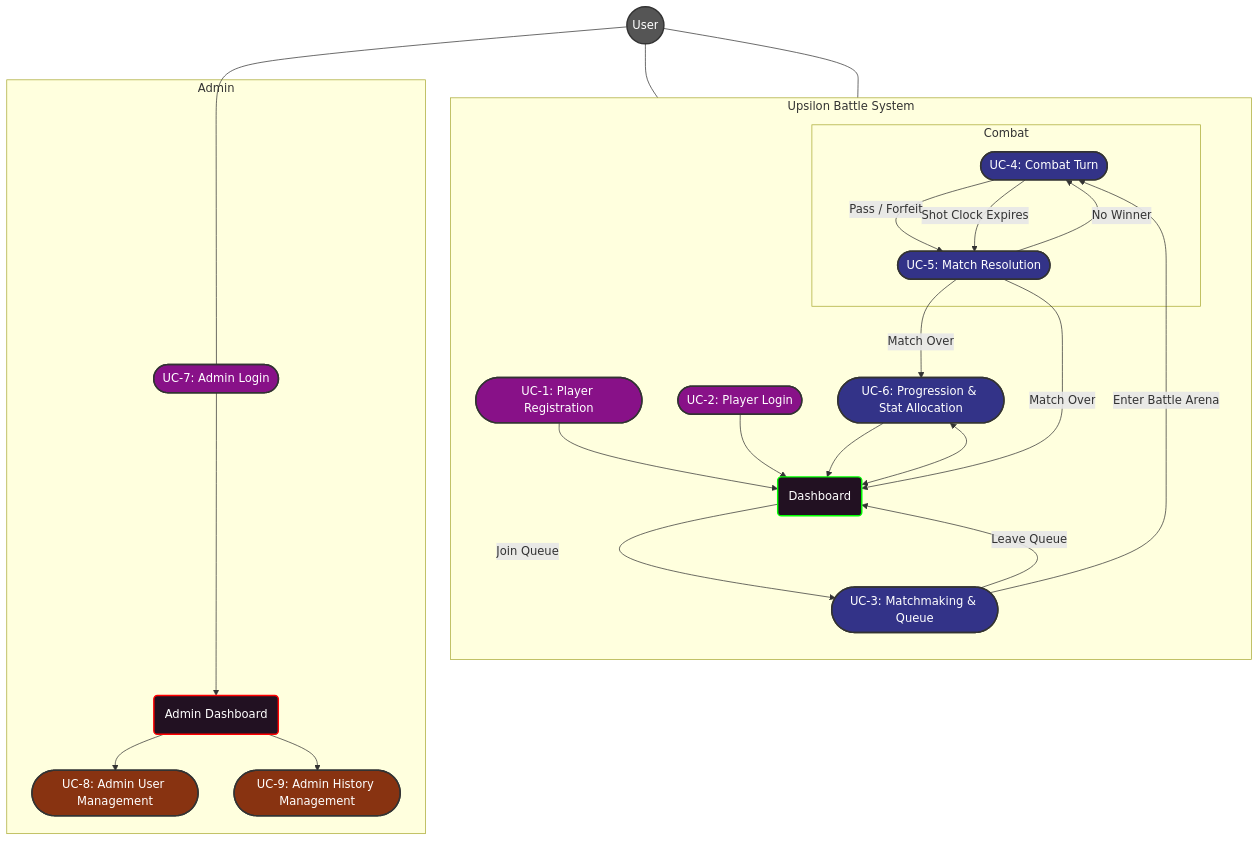
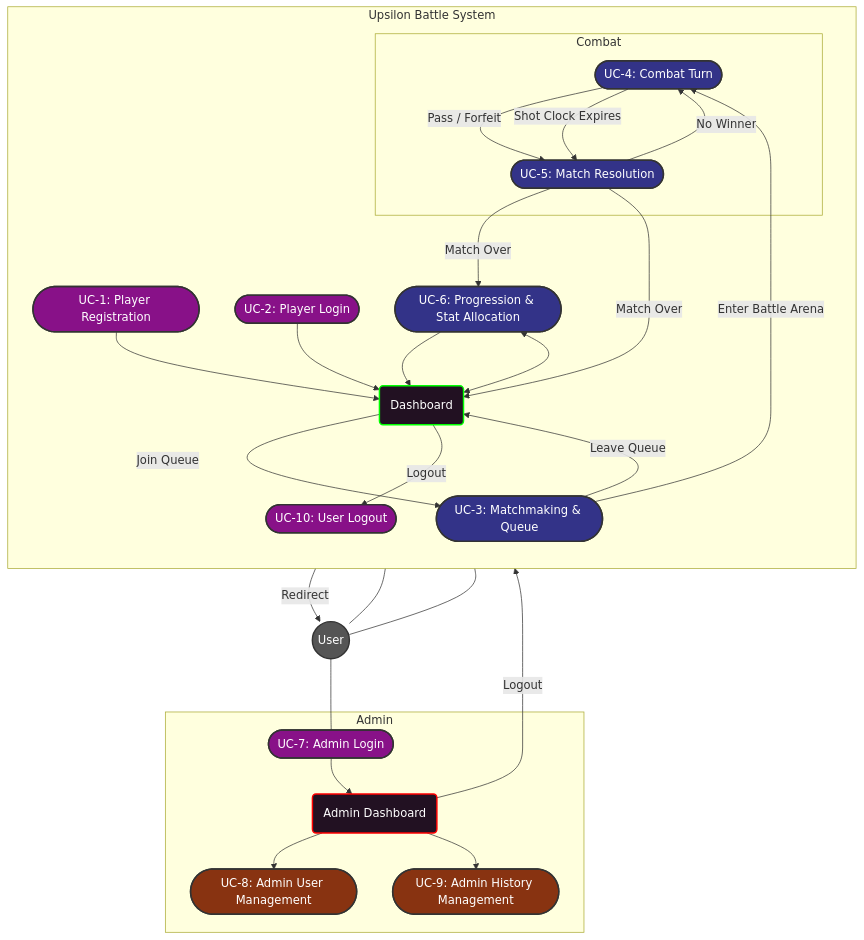
One commit to ecumeurs/upsilon-hub changed the diagram in usecase.md. Above: the diagram before and after it, drawn with Mermaid. The commit also changed other lines of this file and 17 other files, not shown here.

````diff
--- a/usecase.md
+++ b/usecase.md
@@ -41,7 +41,9 @@
         UC5 -- "Match Over" --> UC6
         UC6 --> Dashboard
         UC5 -- "Match Over" --> Dashboard
-
+        
+        UC10([UC-10: User Logout])
+        Dashboard -- "Logout" --> UC10
 
         
     end
@@ -54,12 +56,14 @@
         UC7 --> AdminDashboard
         AdminDashboard --> UC8
         AdminDashboard --> UC9
+        AdminDashboard -- "Logout" --> UC10
     end
 
     %% User Entry Points (Guest State)
     User --- UC1
     User --- UC2
     User --- UC7
+    UC10 -- "Redirect" --> User
 
     %% Styling by Role
     %% Guest Roles (Initial Authentication)
@@ -80,4 +84,5 @@
     style UC9 fill:#831,stroke:#333,stroke-width:2px,color:#fff
     
     style User fill:#555,stroke:#333,stroke-width:2px,color:#fff
+    style UC10 fill:#818,stroke:#333,stroke-width:2px,color:#fff
 ```
````
